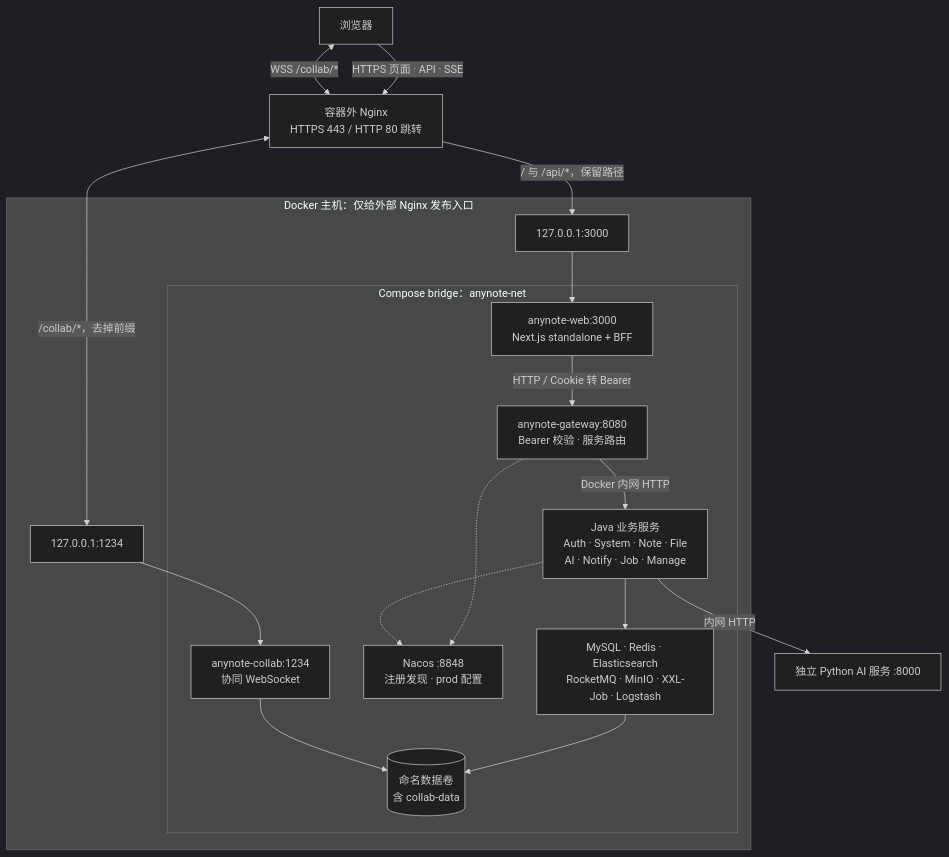
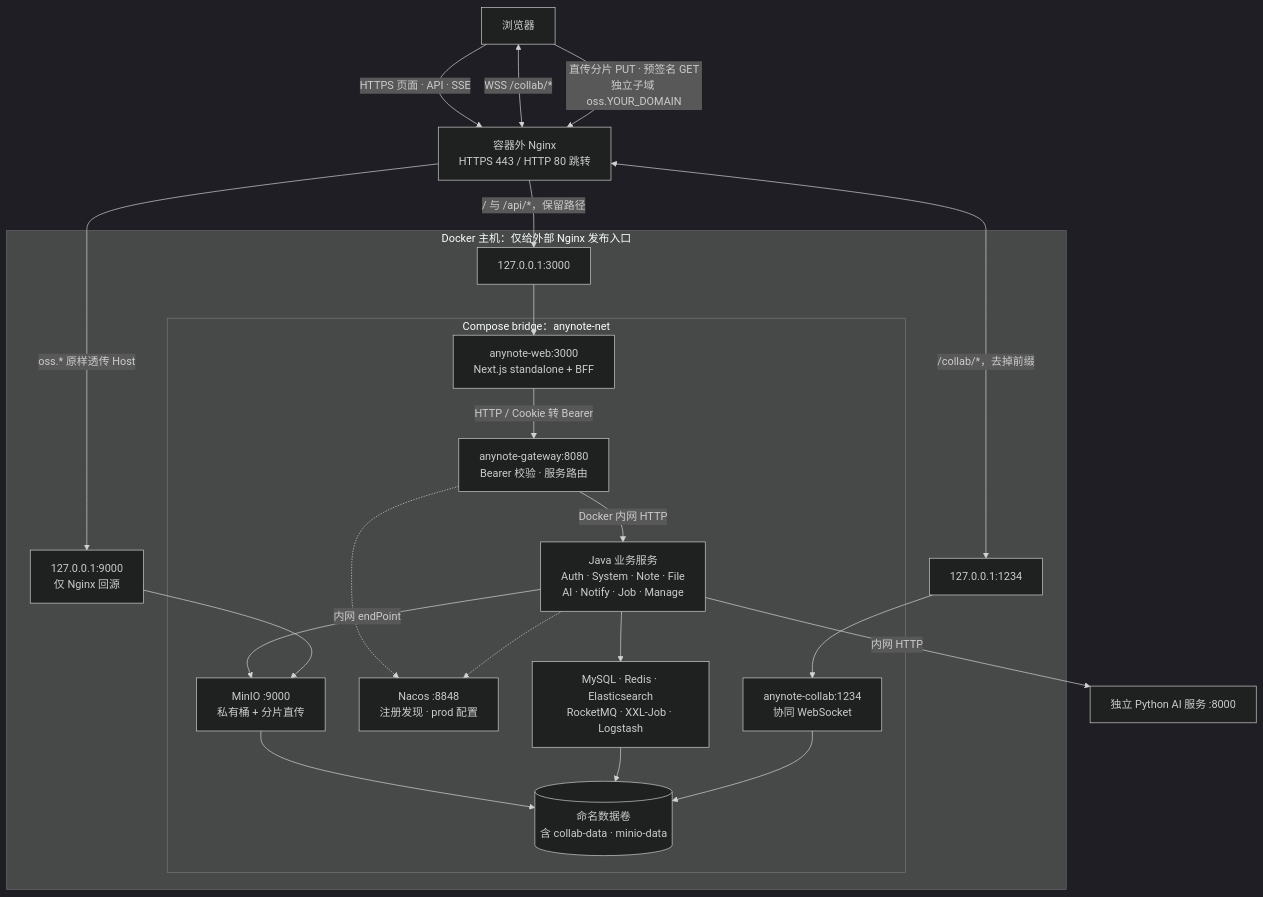
One commit to zch0222/anynote changed the first of 2 diagrams in docs/deployment-network.md. Above: the diagram before and after it, drawn with Mermaid (dark theme). The commit also changed other lines of this file and 5 other files, not shown here.

````diff
--- a/docs/deployment-network.md
+++ b/docs/deployment-network.md
@@ -5,33 +5,40 @@
 ```mermaid
 flowchart TB
     browser[浏览器]
     nginx[容器外 Nginx<br/>HTTPS 443 / HTTP 80 跳转]
     browser -->|HTTPS 页面 · API · SSE| nginx
     browser <-->|WSS /collab/*| nginx
+    browser -->|直传分片 PUT · 预签名 GET<br/>独立子域 oss.YOUR_DOMAIN| nginx
 
     subgraph host[Docker 主机：仅给外部 Nginx 发布入口]
         webPort[127.0.0.1:3000]
         wsPort[127.0.0.1:1234]
+        ossPort[127.0.0.1:9000<br/>仅 Nginx 回源]
         subgraph network[Compose bridge：anynote-net]
             web[anynote-web:3000<br/>Next.js standalone + BFF]
             collab[anynote-collab:1234<br/>协同 WebSocket]
             gateway[anynote-gateway:8080<br/>Bearer 校验 · 服务路由]
             services[Java 业务服务<br/>Auth · System · Note · File<br/>AI · Notify · Job · Manage]
             nacos[Nacos :8848<br/>注册发现 · prod 配置]
-            data[MySQL · Redis · Elasticsearch<br/>RocketMQ · MinIO · XXL-Job · Logstash]
-            volume[(命名数据卷<br/>含 collab-data)]
+            minio[MinIO :9000<br/>私有桶 + 分片直传]
+            data[MySQL · Redis · Elasticsearch<br/>RocketMQ · XXL-Job · Logstash]
+            volume[(命名数据卷<br/>含 collab-data · minio-data)]
             web -->|HTTP / Cookie 转 Bearer| gateway
             gateway -->|Docker 内网 HTTP| services
             gateway -.-> nacos
             services -.-> nacos
+            services -->|内网 endPoint| minio
             services --> data
+            minio --> volume
             data --> volume
             collab --> volume
         end
         webPort --> web
         wsPort --> collab
+        ossPort --> minio
     end
     nginx -->|/ 与 /api/*，保留路径| webPort
     nginx <-->|/collab/*，去掉前缀| wsPort
+    nginx -->|oss.* 原样透传 Host| ossPort
     services -->|内网 HTTP| python[独立 Python AI 服务 :8000]
 ```
````
